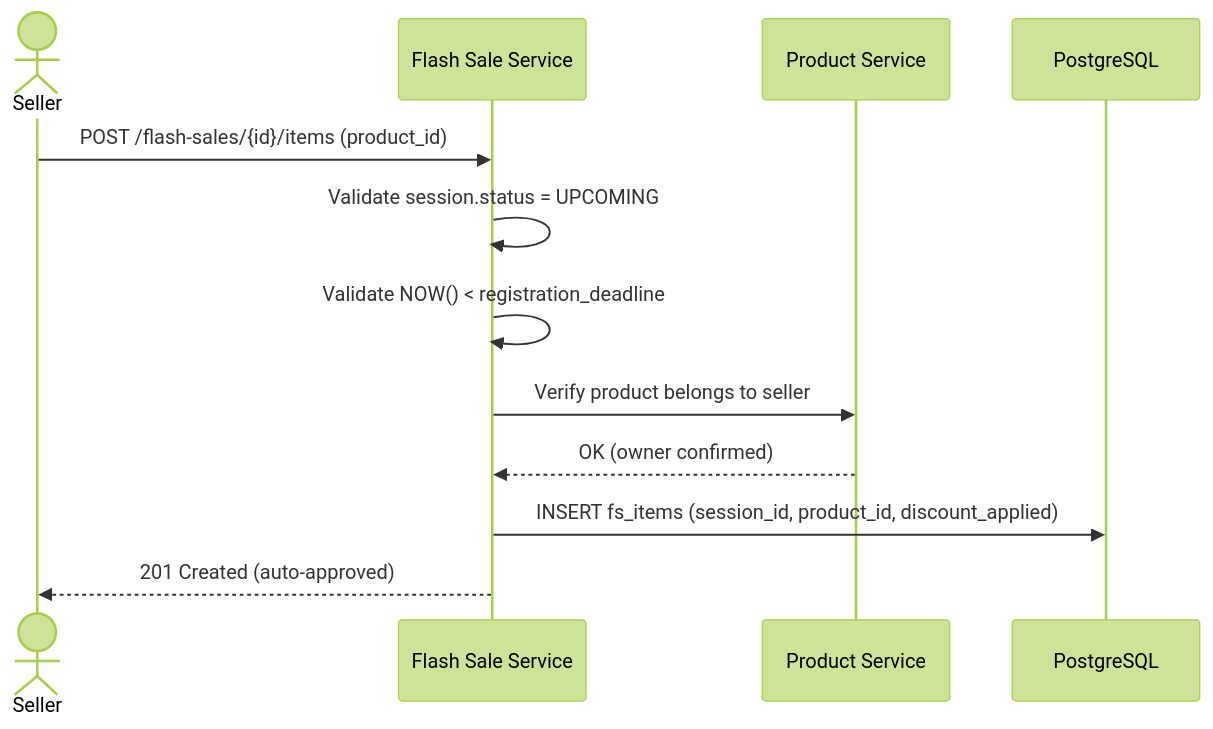
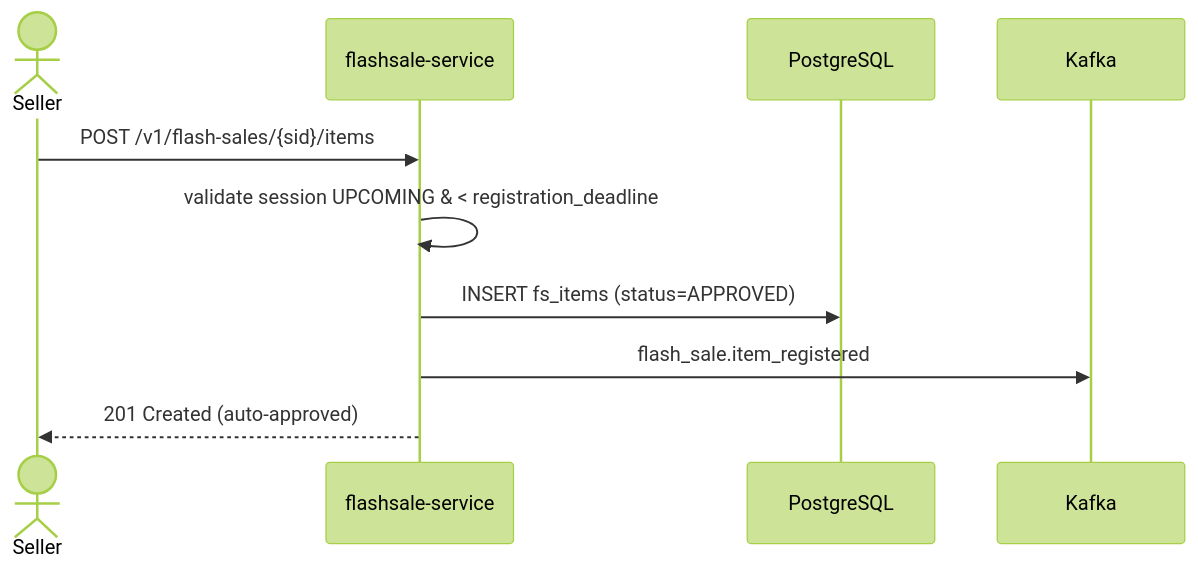
The second of 11 diagrams in documents/overview/FLOWS.md (ldqanh1408/stealing-from-paradise), drawn with Mermaid (forest theme) before and after one commit. The commit also changed other lines of this file and 48 other files, not shown here.

````diff
--- a/documents/overview/FLOWS.md
+++ b/documents/overview/FLOWS.md
@@ -31,15 +27,13 @@
 ```mermaid
 sequenceDiagram
     actor Seller
-    participant FS as Flash Sale Service
-    participant PS as Product Service
+    participant FS as flashsale-service
     participant PG as PostgreSQL
+    participant K as Kafka
 
-    Seller->>FS: POST /flash-sales/{id}/items (product_id)
-    FS->>FS: Validate session.status = UPCOMING
-    FS->>FS: Validate NOW() < registration_deadline
-    FS->>PS: Verify product belongs to seller
-    PS-->>FS: OK (owner confirmed)
-    FS->>PG: INSERT fs_items (session_id, product_id, discount_applied)
+    Seller->>FS: POST /v1/flash-sales/{sid}/items
+    FS->>FS: validate session UPCOMING & < registration_deadline
+    FS->>PG: INSERT fs_items (status=APPROVED)
+    FS->>K: flash_sale.item_registered
     FS-->>Seller: 201 Created (auto-approved)
 ```
````
